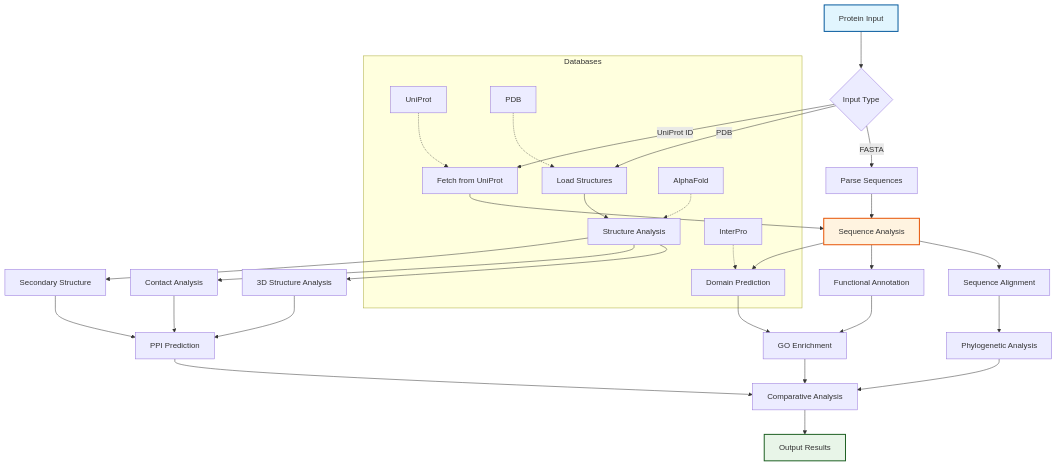
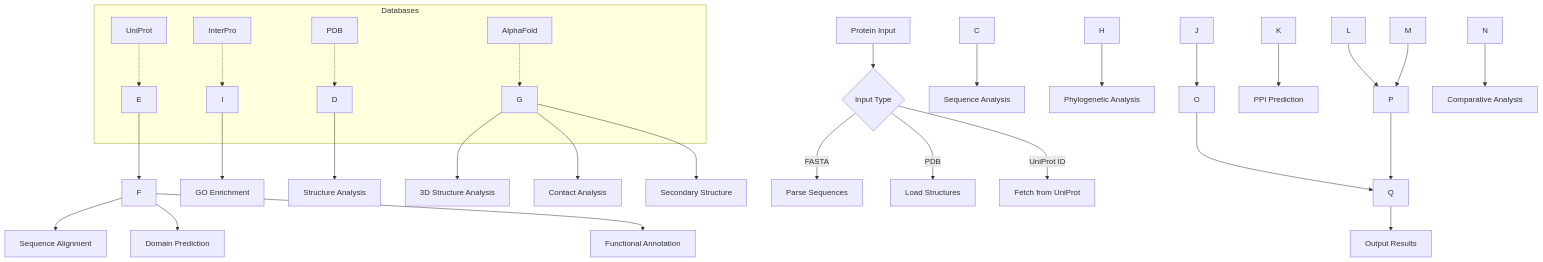
Before and after one commit to docxology/MetaInformAnt: the second of 3 diagrams in src/metainformant/protein/README.md, drawn with Mermaid. The commit also changed other lines of this file and 611 other files, not shown here.

````diff
--- a/src/metainformant/protein/README.md
+++ b/src/metainformant/protein/README.md
@@ -53,44 +53,41 @@
 ```mermaid
 graph TD
-    A[Protein Input] --> B{Input Type}
-    B -->|FASTA| C[Parse Sequences]
-    B -->|PDB| D[Load Structures]
-    B -->|UniProt ID| E[Fetch from UniProt]
+    AproteinInput[Protein Input] --> B{Input Type}
+    B -->|FASTA| CparseSequences[Parse Sequences]
+    B -->|PDB| DloadStructures[Load Structures]
+    B -->|UniProt ID| EfetchFromUniprot[Fetch from UniProt]
 
-    C --> F[Sequence Analysis]
-    D --> G[Structure Analysis]
+    C --> FsequenceAnalysis[Sequence Analysis]
+    D --> GstructureAnalysis[Structure Analysis]
     E --> F
 
-    F --> H[Sequence Alignment]
-    F --> I[Domain Prediction]
-    F --> J[Functional Annotation]
+    F --> HsequenceAlignment[Sequence Alignment]
+    F --> IdomainPrediction[Domain Prediction]
+    F --> JfunctionalAnnotation[Functional Annotation]
 
-    G --> K[3D Structure Analysis]
-    G --> L[Contact Analysis]
-    G --> M[Secondary Structure]
+    G --> K3dStructureAnalysis[3D Structure Analysis]
+    G --> LcontactAnalysis[Contact Analysis]
+    G --> MsecondaryStructure[Secondary Structure]
 
-    H --> N[Phylogenetic Analysis]
-    I --> O[GO Enrichment]
+    H --> NphylogeneticAnalysis[Phylogenetic Analysis]
+    I --> OgoEnrichment[GO Enrichment]
     J --> O
 
-    K --> P[PPI Prediction]
+    K --> PppiPrediction[PPI Prediction]
     L --> P
     M --> P
 
-    N --> Q[Comparative Analysis]
+    N --> QcomparativeAnalysis[Comparative Analysis]
     O --> Q
     P --> Q
 
-    Q --> R[Output Results]
+    Q --> RoutputResults[Output Results]
 
-    style A fill:#e1f5fe,stroke:#01579b,stroke-width:2px
-    style F fill:#fff3e0,stroke:#e65100,stroke-width:2px
-    style R fill:#e8f5e8,stroke:#1b5e20,stroke-width:2px
 
     subgraph "Databases"
         S[UniProt] -.-> E
         T[InterPro] -.-> I
         U[PDB] -.-> D
         V[AlphaFold] -.-> G
     end
 ```
````
